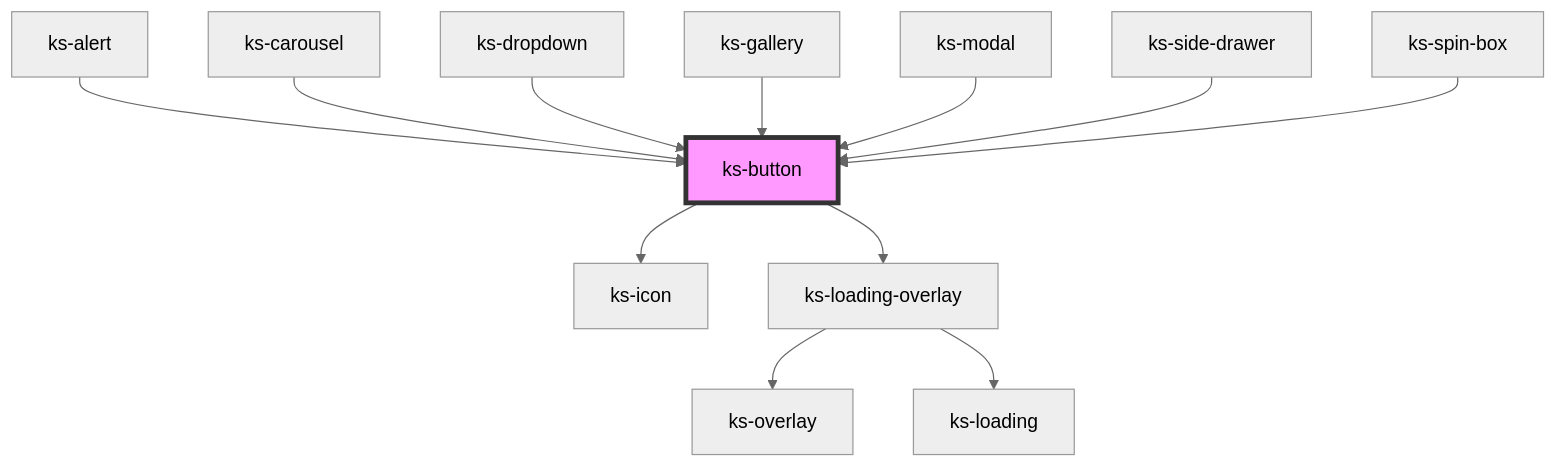
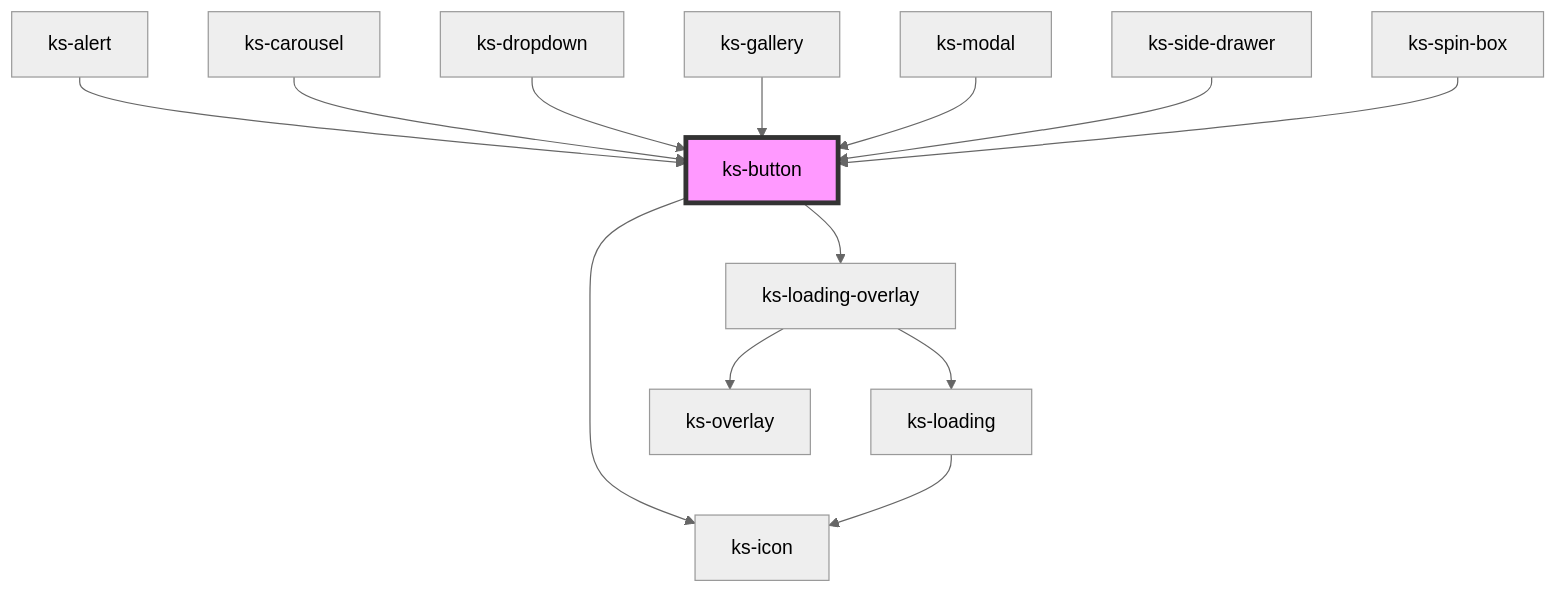
Before and after one commit to kickstand-ui/kickstand-ui: the diagram in src/scripts/components/button/readme.md, drawn with Mermaid (neutral theme). The commit also changed 21 other files, not shown here.

````diff
--- a/src/scripts/components/button/readme.md
+++ b/src/scripts/components/button/readme.md
@@ -51,15 +51,16 @@
 ```mermaid
 graph TD;
   ks-button --> ks-icon
   ks-button --> ks-loading-overlay
   ks-loading-overlay --> ks-overlay
   ks-loading-overlay --> ks-loading
+  ks-loading --> ks-icon
   ks-alert --> ks-button
   ks-carousel --> ks-button
   ks-dropdown --> ks-button
   ks-gallery --> ks-button
   ks-modal --> ks-button
   ks-side-drawer --> ks-button
   ks-spin-box --> ks-button
   style ks-button fill:#f9f,stroke:#333,stroke-width:4px
 ```
````
